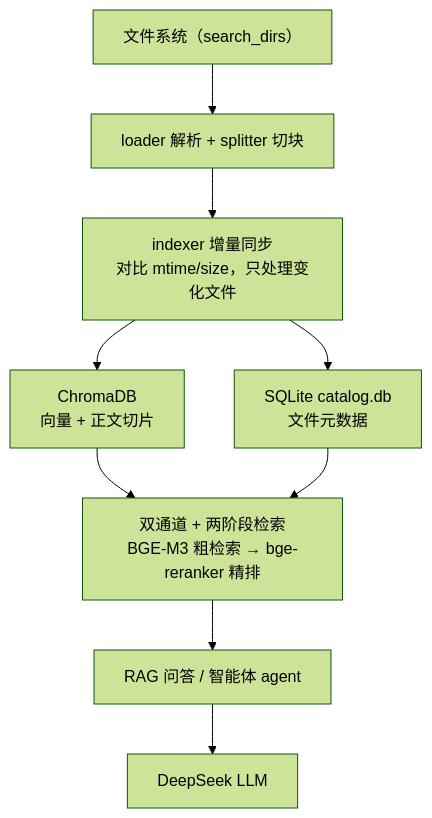
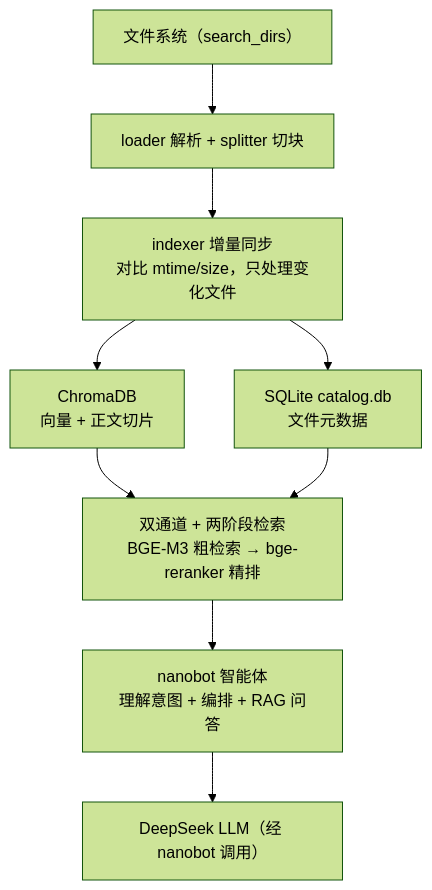
The diagram in README.md (STAR-LAB-AI-Agent/database-search), drawn with Mermaid (forest theme) before and after one commit. The commit also changed other lines of this file and 14 other files, not shown here.

First line of the commit message:
feat: 接入 nanobot 智能体，CLI 改为纯本地检索后端

````diff
--- a/README.md
+++ b/README.md
@@ -17,11 +16,11 @@
 ```mermaid
 flowchart TD
     A["文件系统（search_dirs）"] --> B["loader 解析 + splitter 切块"]
     B --> C["indexer 增量同步<br/>对比 mtime/size，只处理变化文件"]
     C --> D["ChromaDB<br/>向量 + 正文切片"]
     C --> E["SQLite catalog.db<br/>文件元数据"]
     D --> F["双通道 + 两阶段检索<br/>BGE-M3 粗检索 → bge-reranker 精排"]
     E --> F
-    F --> G["RAG 问答 / 智能体 agent"]
-    G --> H["DeepSeek LLM"]
+    F --> G["nanobot 智能体<br/>理解意图 + 编排 + RAG 问答"]
+    G --> H["DeepSeek LLM（经 nanobot 调用）"]
 ```
````
